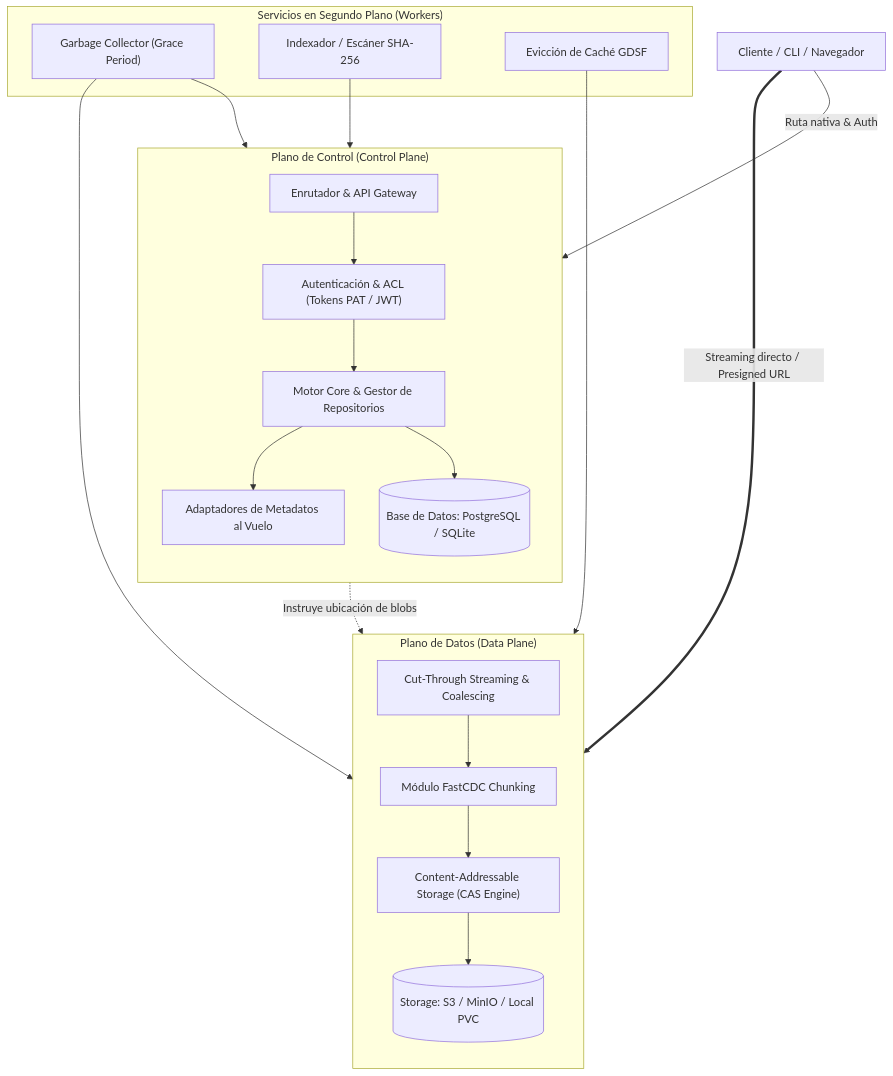
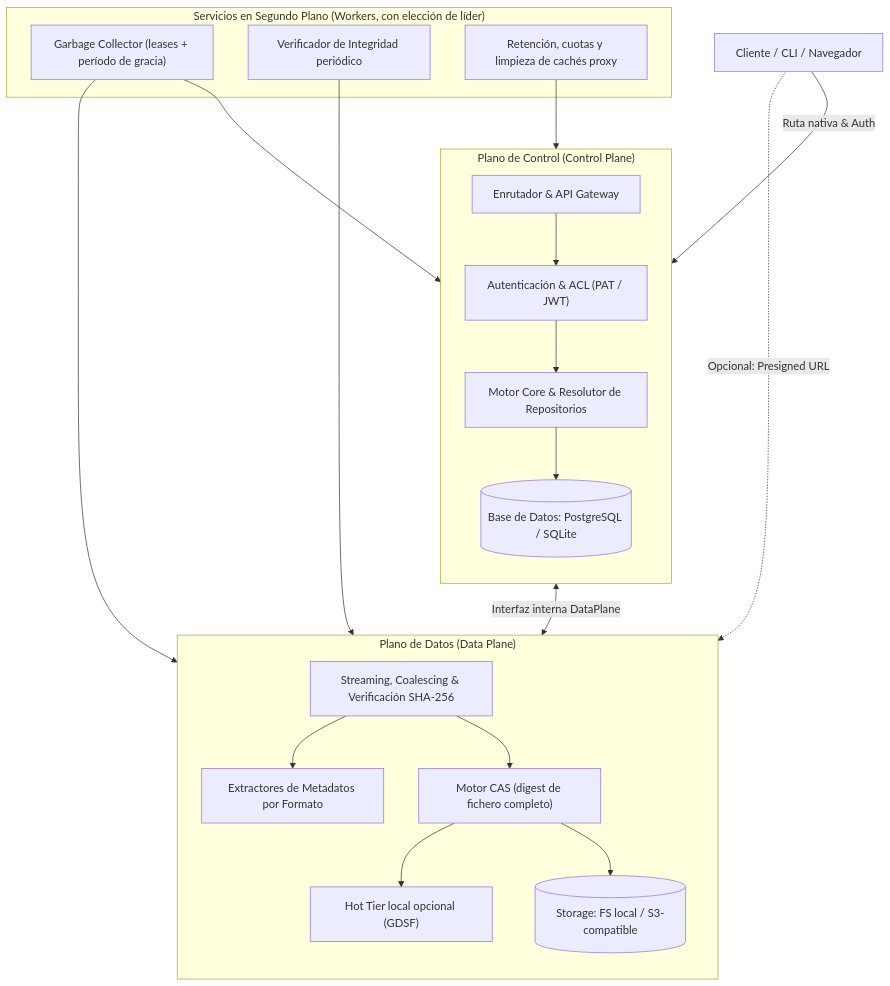
Before and after one commit to CesarAchig/Kinara-Registry: the first of 2 diagrams in Planification/02-arquitectura-del-sistema.md, drawn with Mermaid. The commit also changed other lines of this file and 10 other files, not shown here.

````diff
--- a/Planification/02-arquitectura-del-sistema.md
+++ b/Planification/02-arquitectura-del-sistema.md
@@ -9,43 +9,43 @@
 ```mermaid
 flowchart TB
     subgraph PlanoControl["Plano de Control (Control Plane)"]
         direction TB
         Gateway["Enrutador & API Gateway"]
-        AuthModule["Autenticación & ACL (Tokens PAT / JWT)"]
-        CoreEngine["Motor Core & Gestor de Repositorios"]
-        MetaExtract["Adaptadores de Metadatos al Vuelo"]
+        AuthModule["Autenticación & ACL (PAT / JWT)"]
+        CoreEngine["Motor Core & Resolutor de Repositorios"]
         MetaDB[(Base de Datos: PostgreSQL / SQLite)]
-        
+
         Gateway --> AuthModule
         AuthModule --> CoreEngine
-        CoreEngine --> MetaExtract
         CoreEngine --> MetaDB
     end
 
     subgraph PlanoDatos["Plano de Datos (Data Plane)"]
         direction TB
-        StreamHandler["Cut-Through Streaming & Coalescing"]
-        FastCDCMod["Módulo FastCDC Chunking"]
-        CASLayer["Content-Addressable Storage (CAS Engine)"]
-        StorageBackend[(Storage: S3 / MinIO / Local PVC)]
-        
-        StreamHandler --> FastCDCMod
-        FastCDCMod --> CASLayer
+        StreamHandler["Streaming, Coalescing & Verificación SHA-256"]
+        MetaExtract["Extractores de Metadatos por Formato"]
+        CASLayer["Motor CAS (digest de fichero completo)"]
+        HotTier["Hot Tier local opcional (GDSF)"]
+        StorageBackend[(Storage: FS local / S3-compatible)]
+
+        StreamHandler --> MetaExtract
+        StreamHandler --> CASLayer
+        CASLayer --> HotTier
         CASLayer --> StorageBackend
     end
 
-    subgraph WorkersPlane["Servicios en Segundo Plano (Workers)"]
-        GCWorker["Garbage Collector (Grace Period)"]
-        ScannerWorker["Indexador / Escáner SHA-256"]
-        EvictionWorker["Evicción de Caché GDSF"]
-        
+    subgraph WorkersPlane["Servicios en Segundo Plano (Workers, con elección de líder)"]
+        GCWorker["Garbage Collector (leases + período de gracia)"]
+        VerifyWorker["Verificador de Integridad periódico"]
+        RetentionWorker["Retención, cuotas y limpieza de cachés proxy"]
+
         GCWorker --> MetaDB
         GCWorker --> StorageBackend
-        ScannerWorker --> MetaDB
-        EvictionWorker --> StorageBackend
+        VerifyWorker --> StorageBackend
+        RetentionWorker --> MetaDB
     end
 
-    Client[Cliente / CLI / Navegador] -->|Ruta nativa & Auth| Gateway
-    CoreEngine -.->|Instruye ubicación de blobs| StreamHandler
-    Client ==>|Streaming directo / Presigned URL| StorageBackend
+    Client["Cliente / CLI / Navegador"] -->|"Ruta nativa & Auth"| Gateway
+    CoreEngine <-->|"Interfaz interna DataPlane"| StreamHandler
+    Client -.->|"Opcional: Presigned URL"| StorageBackend
 ```
````
